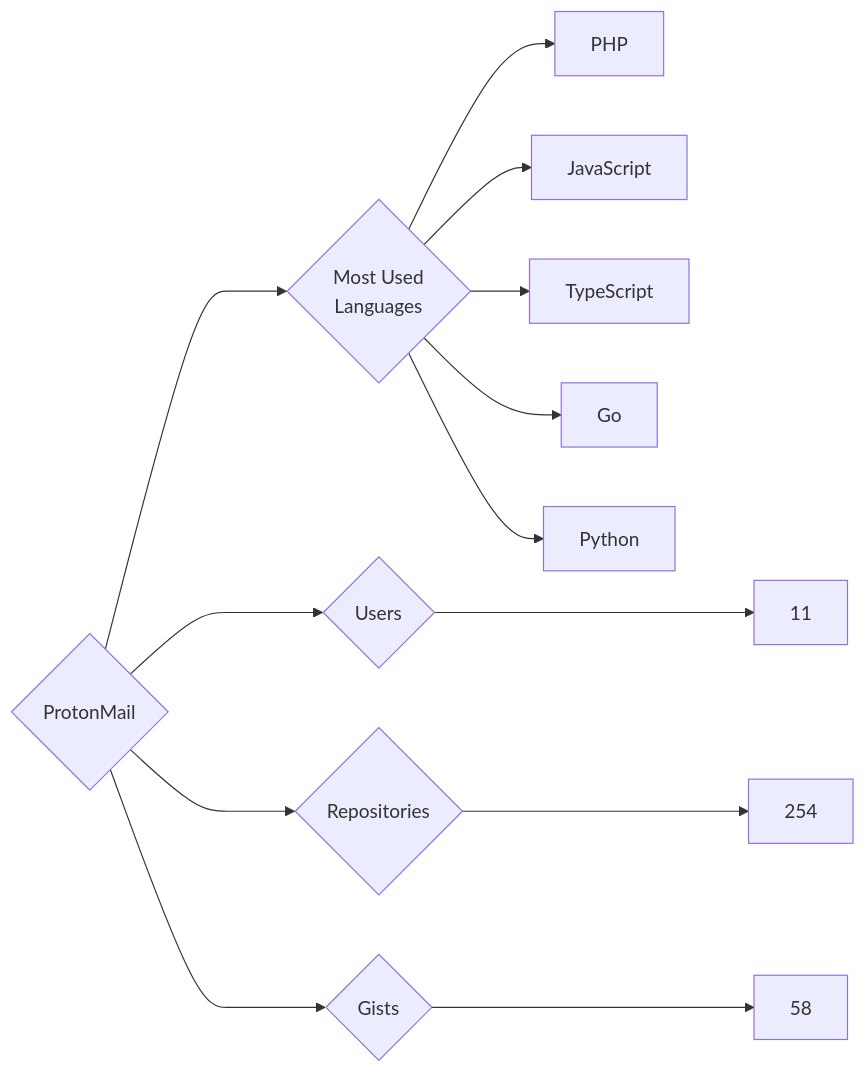
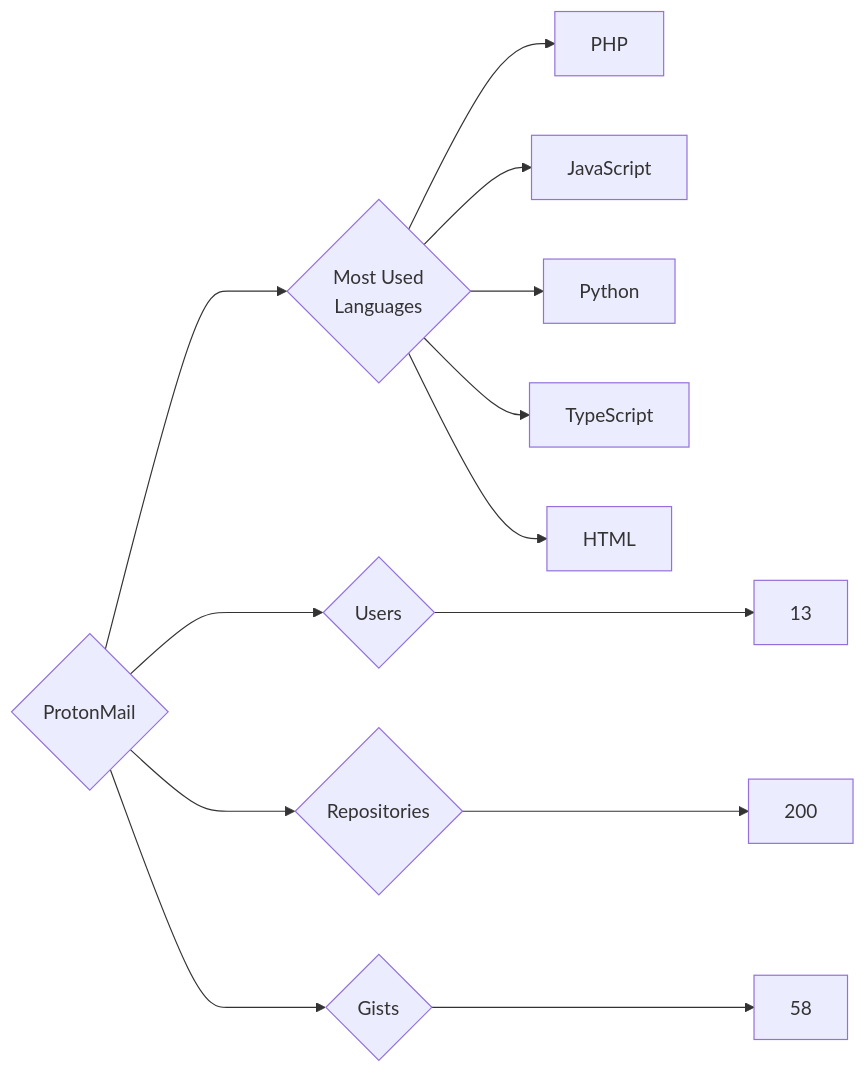
The diagram in targets/ProtonMail/README.md (trickest/insiders), drawn with Mermaid before and after one commit. The commit also changed 725 other files, not shown here.

````diff
--- a/targets/ProtonMail/README.md
+++ b/targets/ProtonMail/README.md
@@ -3,13 +3,13 @@
 ```mermaid
 graph LR
 COMPANY_NAME{ProtonMail}
-COMPANY_NAME ---> U{Users} ---> UN[11]
-COMPANY_NAME ---> R{Repositories} ---> RN[254]
+COMPANY_NAME ---> U{Users} ---> UN[13]
+COMPANY_NAME ---> R{Repositories} ---> RN[200]
 COMPANY_NAME ---> G{Gists} ---> GN[58]
 COMPANY_NAME ---> ML{Most Used<br>Languages}
 ML --> PHP[PHP]
 ML --> JavaScript[JavaScript]
+ML --> Python[Python]
 ML --> TypeScript[TypeScript]
-ML --> Go[Go]
-ML --> Python[Python]
+ML --> HTML[HTML]
 ```
````
